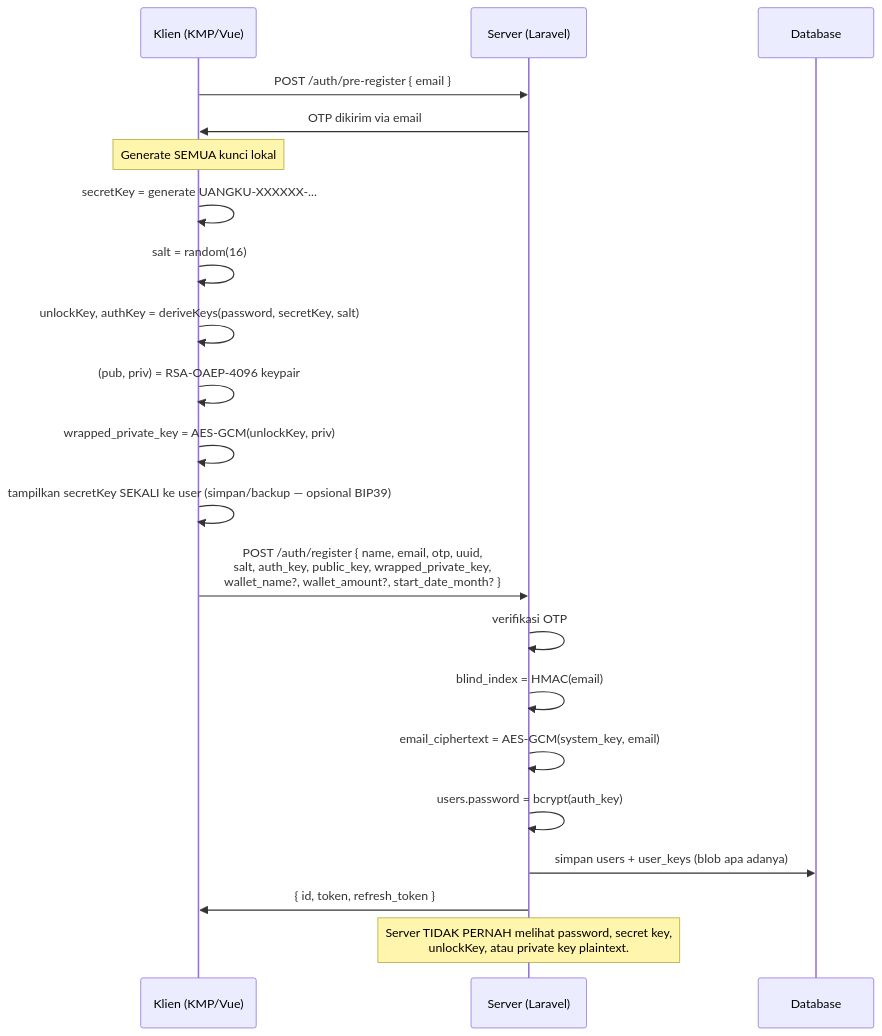
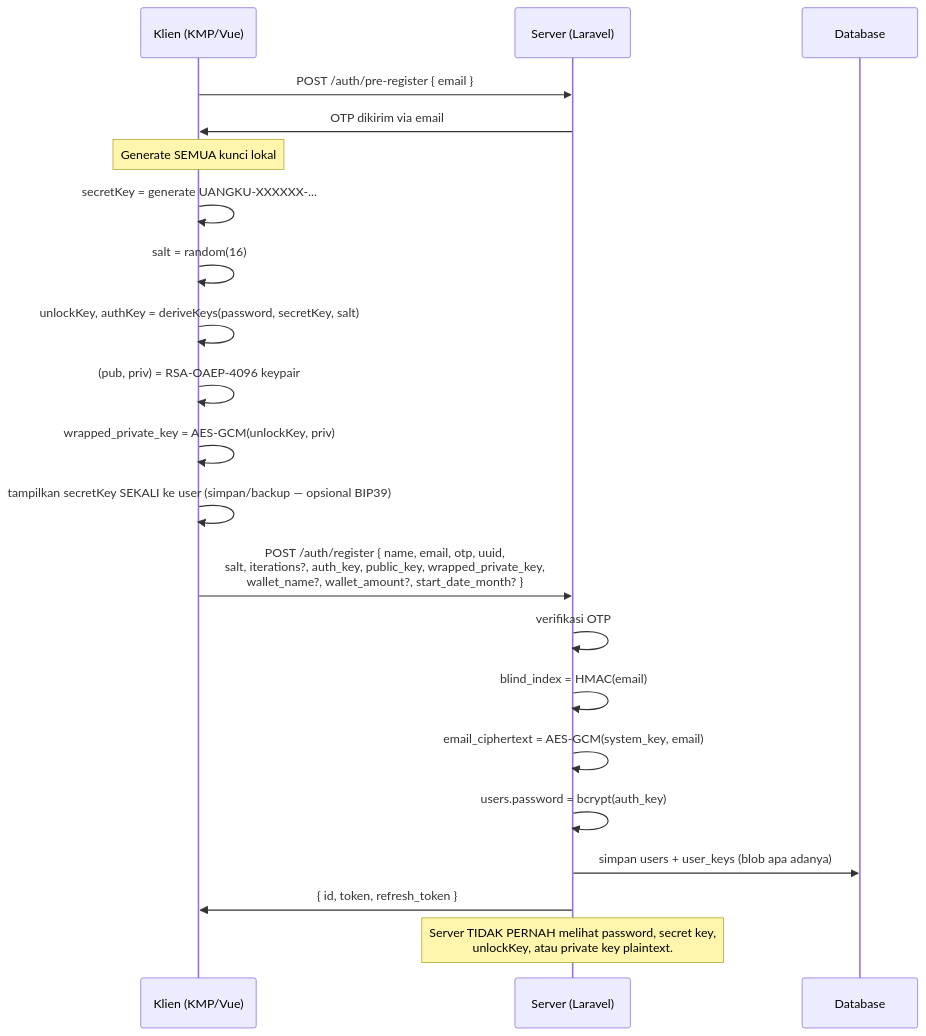
One commit to uangkuid/Uangku-BE changed the second of 6 diagrams in docs/encryption.md. Above: the diagram before and after it, drawn with Mermaid. The commit also changed other lines of this file and 23 other files, not shown here.

````diff
--- a/docs/encryption.md
+++ b/docs/encryption.md
@@ -180,24 +208,24 @@
 ```mermaid
 sequenceDiagram
     participant C as Klien (KMP/Vue)
     participant S as Server (Laravel)
     participant DB as Database
     C ->> S: POST /auth/pre-register { email }
     S ->> C: OTP dikirim via email
     Note over C: Generate SEMUA kunci lokal
     C ->> C: secretKey = generate UANGKU-XXXXXX-...
     C ->> C: salt = random(16)
     C ->> C: unlockKey, authKey = deriveKeys(password, secretKey, salt)
     C ->> C: (pub, priv) = RSA-OAEP-4096 keypair
     C ->> C: wrapped_private_key = AES-GCM(unlockKey, priv)
     C ->> C: tampilkan secretKey SEKALI ke user (simpan/backup — opsional BIP39)
-    C ->> S: POST /auth/register { name, email, otp, uuid,<br/>salt, auth_key, public_key, wrapped_private_key,<br/>wallet_name?, wallet_amount?, start_date_month? }
+    C ->> S: POST /auth/register { name, email, otp, uuid,<br/>salt, iterations?, auth_key, public_key, wrapped_private_key,<br/>wallet_name?, wallet_amount?, start_date_month? }
     S ->> S: verifikasi OTP
     S ->> S: blind_index = HMAC(email)
     S ->> S: email_ciphertext = AES-GCM(system_key, email)
 S->>S: users.password = bcrypt(auth_key)
 S->>DB: simpan users + user_keys (blob apa adanya)
 S->>C: { id, token, refresh_token }
 
 Note over S: Server TIDAK PERNAH melihat password, secret key,<br/>unlockKey, atau private key plaintext.
 ```
````
